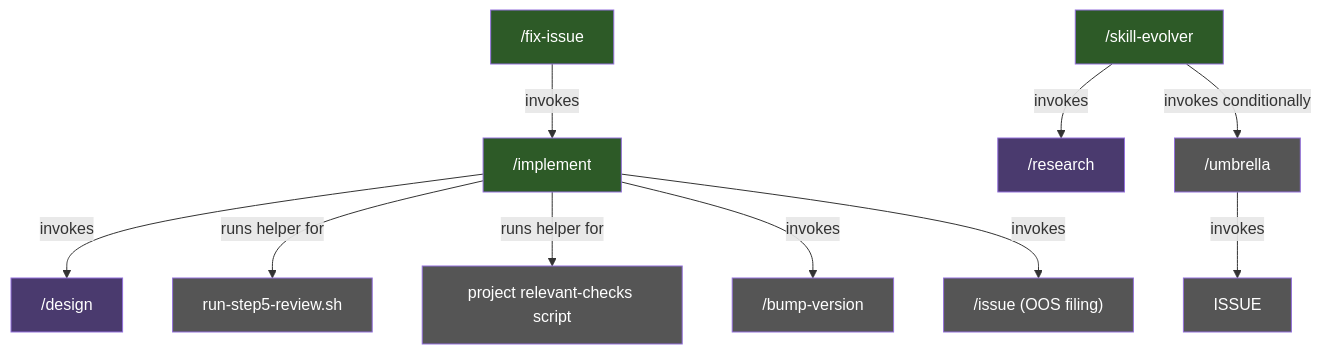
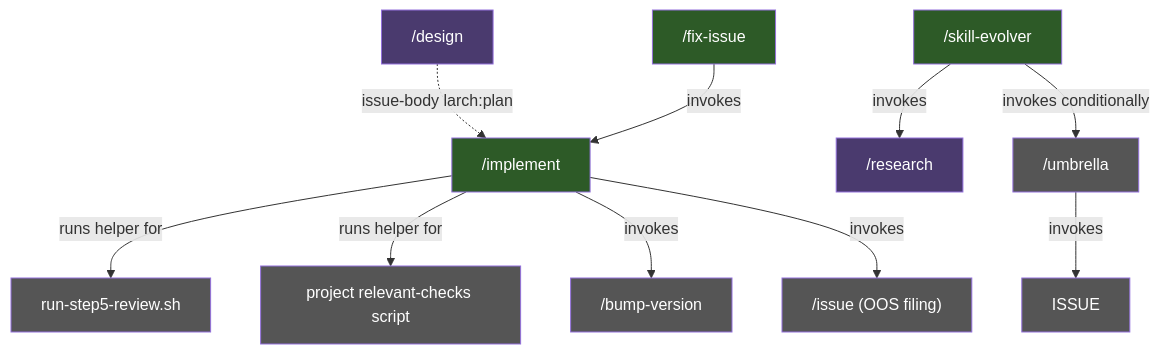
One commit to character-ai/larch changed the first of 3 diagrams in docs/workflow-lifecycle.md. Above: the diagram before and after it, drawn with Mermaid. The commit also changed other lines of this file and 74 other files, not shown here.

First line of the commit message:
Fixes #2486: docs: align consumer docs with issue-anchored /design + /implement split (#2571)

````diff
--- a/docs/workflow-lifecycle.md
+++ b/docs/workflow-lifecycle.md
@@ -9,24 +9,25 @@
 ```mermaid
 graph TD
-    IMPLEMENT["/implement"] -->|invokes| DESIGN["/design"]
+    DESIGN["/design"]
+    DESIGN -.->|issue-body larch:plan| IMPLEMENT["/implement"]
     IMPLEMENT -->|runs helper for| STEP5["run-step5-review.sh"]
     IMPLEMENT -->|runs helper for| CHECKS["project relevant-checks script"]
     IMPLEMENT -->|invokes| BUMP["/bump-version"]
     IMPLEMENT -->|invokes| ISSUE_OOS["/issue (OOS filing)"]
     FIX["/fix-issue"] -->|invokes| IMPLEMENT
     EVOLVER["/skill-evolver"] -->|invokes| RESEARCH["/research"]
     EVOLVER -->|invokes conditionally| UMBRELLA["/umbrella"]
     UMBRELLA -->|invokes| ISSUE
 
     style IMPLEMENT fill:#2d5a27,color:#fff
     style FIX fill:#2d5a27,color:#fff
     style EVOLVER fill:#2d5a27,color:#fff
     style DESIGN fill:#4a3a6e,color:#fff
     style STEP5 fill:#555,color:#fff
     style RESEARCH fill:#4a3a6e,color:#fff
     style UMBRELLA fill:#555,color:#fff
     style CHECKS fill:#555,color:#fff
     style BUMP fill:#555,color:#fff
     style ISSUE fill:#555,color:#fff
     style ISSUE_OOS fill:#555,color:#fff
 ```
````
